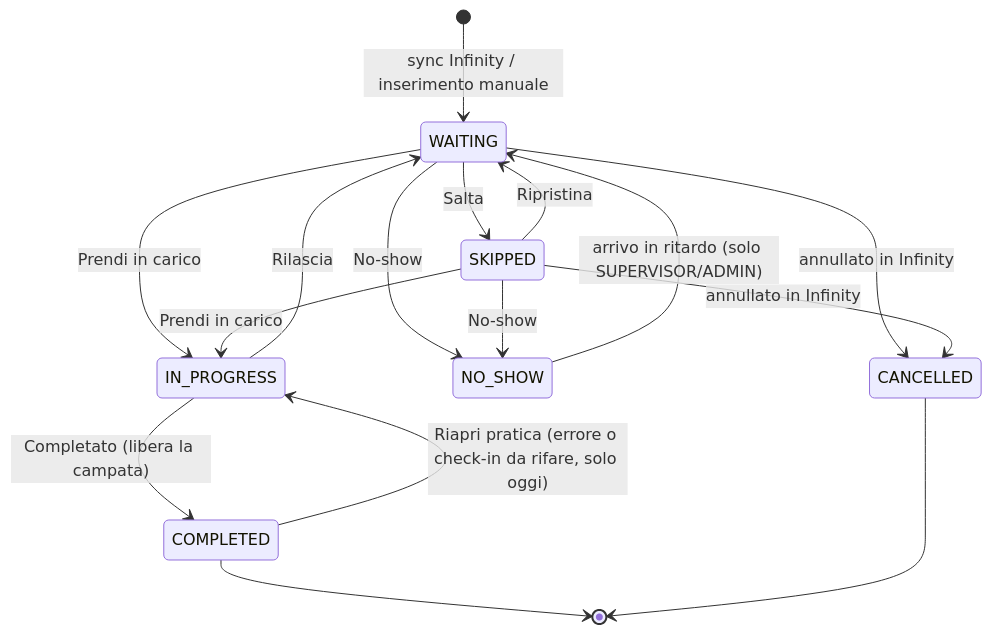
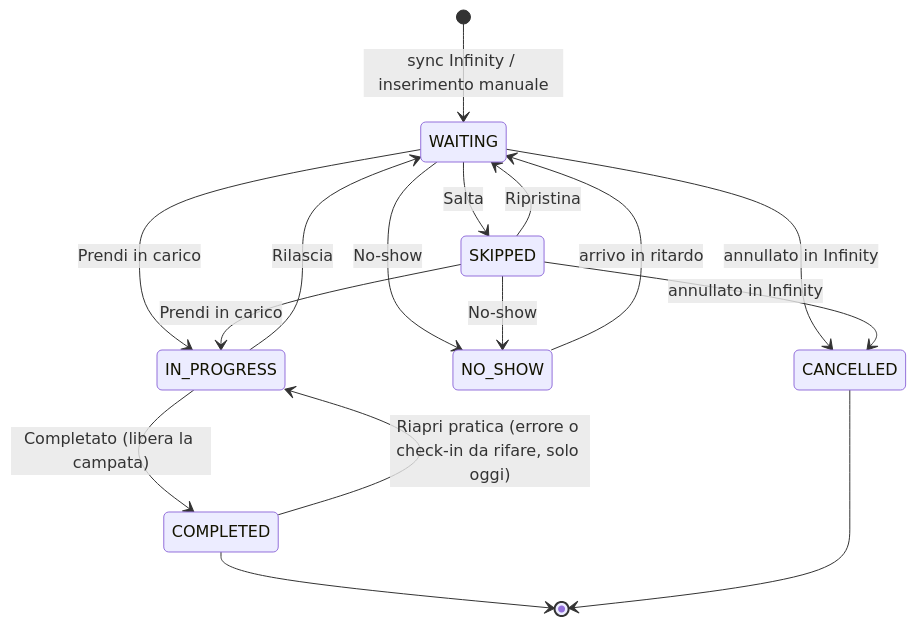
One commit to lurosso/webapp-accettazione-versione2 changed the second of 2 diagrams in ARCHITECTURE.md. Above: the diagram before and after it, drawn with Mermaid. The commit also changed other lines of this file and 47 other files, not shown here.

````diff
--- a/ARCHITECTURE.md
+++ b/ARCHITECTURE.md
@@ -366,18 +366,18 @@
 ```mermaid
 stateDiagram-v2
   [*] --> WAITING : sync Infinity / inserimento manuale
   WAITING --> IN_PROGRESS : Prendi in carico
   WAITING --> SKIPPED : Salta
   WAITING --> NO_SHOW : No-show
   WAITING --> CANCELLED : annullato in Infinity
   SKIPPED --> IN_PROGRESS : Prendi in carico
   SKIPPED --> WAITING : Ripristina
   SKIPPED --> NO_SHOW : No-show
   SKIPPED --> CANCELLED : annullato in Infinity
   IN_PROGRESS --> COMPLETED : Completato (libera la campata)
   COMPLETED --> IN_PROGRESS : Riapri pratica (errore o check-in da rifare, solo oggi)
   IN_PROGRESS --> WAITING : Rilascia
-  NO_SHOW --> WAITING : arrivo in ritardo (solo SUPERVISOR/ADMIN)
+  NO_SHOW --> WAITING : arrivo in ritardo
   COMPLETED --> [*]
   CANCELLED --> [*]
 ```
````
